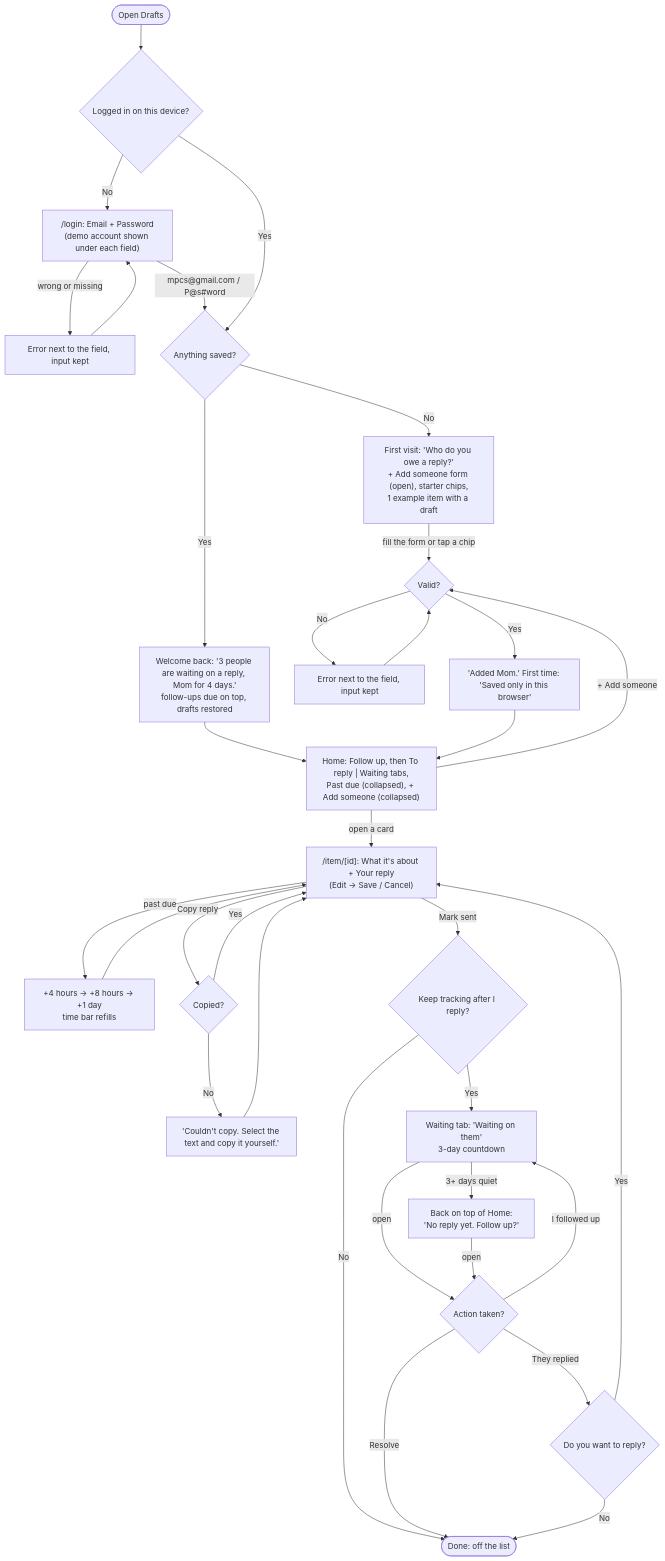
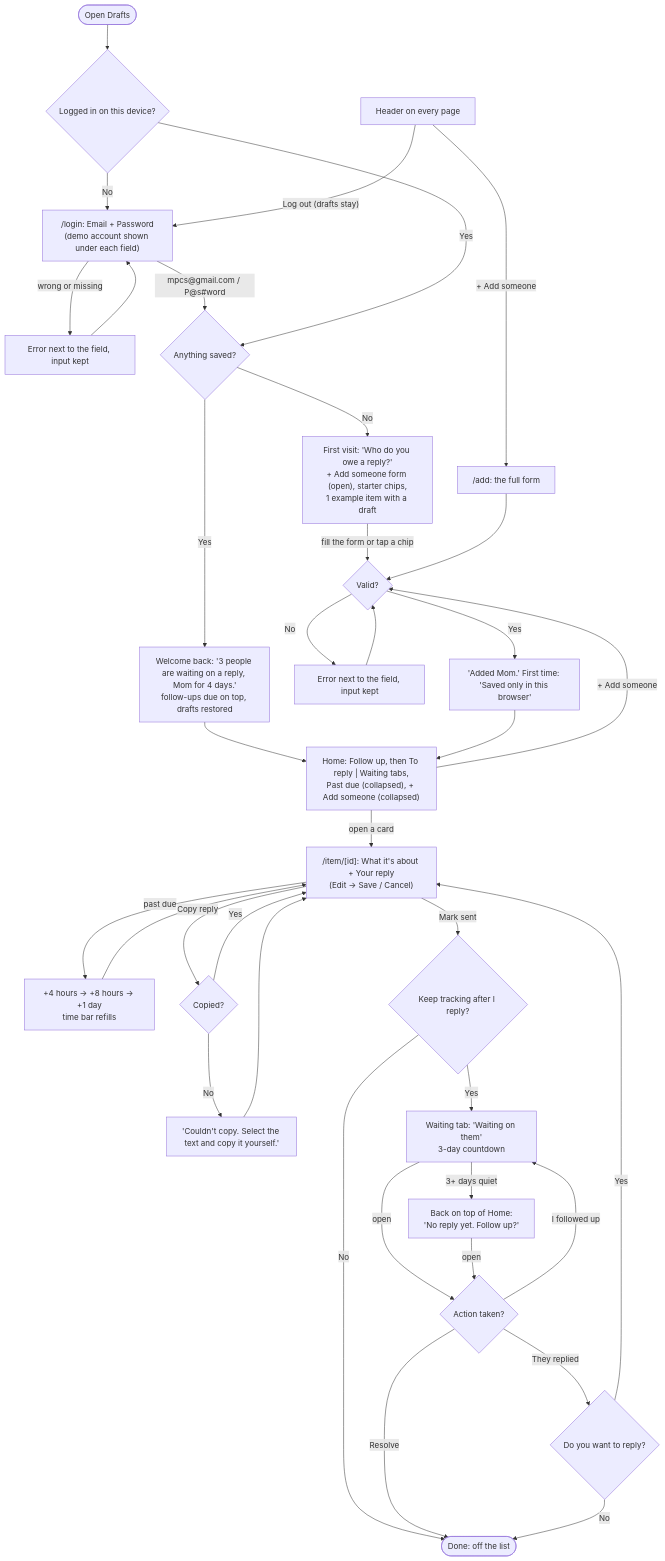
Before and after one commit to jdaguas/dbs-w3: the diagram in README.md, drawn with Mermaid. The commit also changed other lines of this file and 4 other files, not shown here.

Commit message:
new button + flows.md

````diff
--- a/README.md
+++ b/README.md
@@ -23,35 +23,37 @@
 ```mermaid
 flowchart TD
   Open([Open Drafts]) --> Login{Logged in on this device?}
   Login -- No --> LoginPage["/login: Email + Password<br/>(demo account shown under each field)"]
   LoginPage -- "wrong or missing" --> LoginErr["Error next to the field, input kept"] --> LoginPage
   LoginPage -- "mpcs@gmail.com / P@s#word" --> Saved
   Login -- Yes --> Saved{Anything saved?}
 
   Saved -- No --> First["First visit: 'Who do you owe a reply?'<br/>+ Add someone form (open), starter chips,<br/>1 example item with a draft"]
   Saved -- Yes --> Back["Welcome back: '3 people are waiting on a reply, Mom for 4 days.'<br/>follow-ups due on top, drafts restored"]
   First -- "fill the form or tap a chip" --> Check
   Back --> Home
 
   Home["Home: Follow up, then To reply | Waiting tabs,<br/>Past due (collapsed), + Add someone (collapsed)"] -- "+ Add someone" --> Check{Valid?}
   Check -- No --> Err["Error next to the field, input kept"] --> Check
   Check -- Yes --> Added["'Added Mom.' First time: 'Saved only in this browser'"] --> Home
+  Header["Header on every page"] -- "+ Add someone" --> AddPage["/add: the full form"] --> Check
+  Header -- "Log out (drafts stay)" --> LoginPage
 
   Home -- open a card --> Item["/item/[id]: What it's about + Your reply<br/>(Edit → Save / Cancel)"]
   Item -- "past due" --> Boost["+4 hours → +8 hours → +1 day<br/>time bar refills"] --> Item
   Item -- Copy reply --> Copied{Copied?}
   Copied -- No --> CopyErr["'Couldn't copy. Select the text and copy it yourself.'"] --> Item
   Copied -- Yes --> Item
   Item -- Mark sent --> Kind{Keep tracking after I reply?}
   Kind -- No --> Done([Done: off the list])
   Kind -- Yes --> Waiting["Waiting tab: 'Waiting on them'<br/>3-day countdown"]
 
   Waiting -- "3+ days quiet" --> Nudge["Back on top of Home:<br/>'No reply yet. Follow up?'"]
   Waiting -- open --> Action{Action taken?}
   Nudge -- open --> Action
   Action -- "I followed up" --> Waiting
   Action -- "They replied" --> Reply{Do you want to reply?}
   Action -- Resolve --> Done
   Reply -- Yes --> Item
   Reply -- No --> Done
 ```
````
